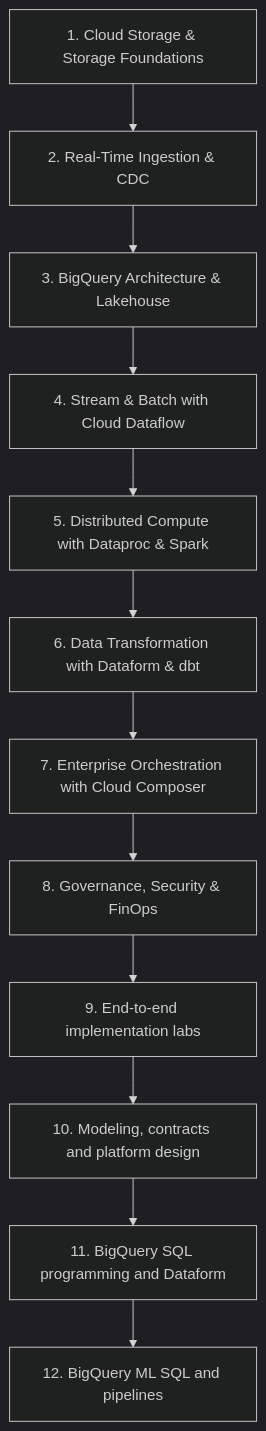
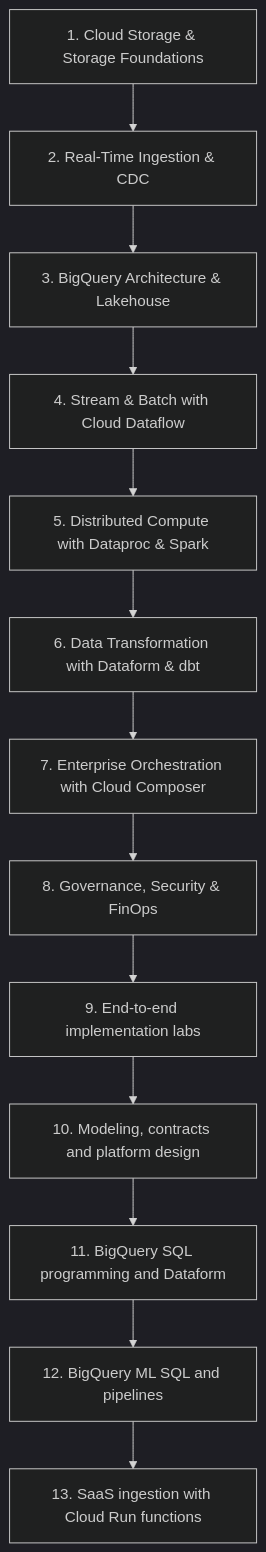
The diagram in docs/index.md (Rohit1024/data-engineer), drawn with Mermaid (dark theme) before and after one commit. The commit also changed other lines of this file and 12 other files, not shown here.

Commit message:
docs: add Medallia Cloud Run functions ingestion lesson

````diff
--- a/docs/index.md
+++ b/docs/index.md
@@ -27,14 +27,15 @@
 ``` mermaid
 flowchart TD
     M1["1. Cloud Storage & Storage Foundations"] --> M2["2. Real-Time Ingestion & CDC"]
     M2 --> M3["3. BigQuery Architecture & Lakehouse"]
     M3 --> M4["4. Stream & Batch with Cloud Dataflow"]
     M4 --> M5["5. Distributed Compute with Dataproc & Spark"]
     M5 --> M6["6. Data Transformation with Dataform & dbt"]
     M6 --> M7["7. Enterprise Orchestration with Cloud Composer"]
     M7 --> M8["8. Governance, Security & FinOps"]
     M8 --> M9["9. End-to-end implementation labs"]
     M9 --> M10["10. Modeling, contracts and platform design"]
     M10 --> M11["11. BigQuery SQL programming and Dataform"]
     M11 --> M12["12. BigQuery ML SQL and pipelines"]
+    M12 --> M13["13. SaaS ingestion with Cloud Run functions"]
 ```
````
